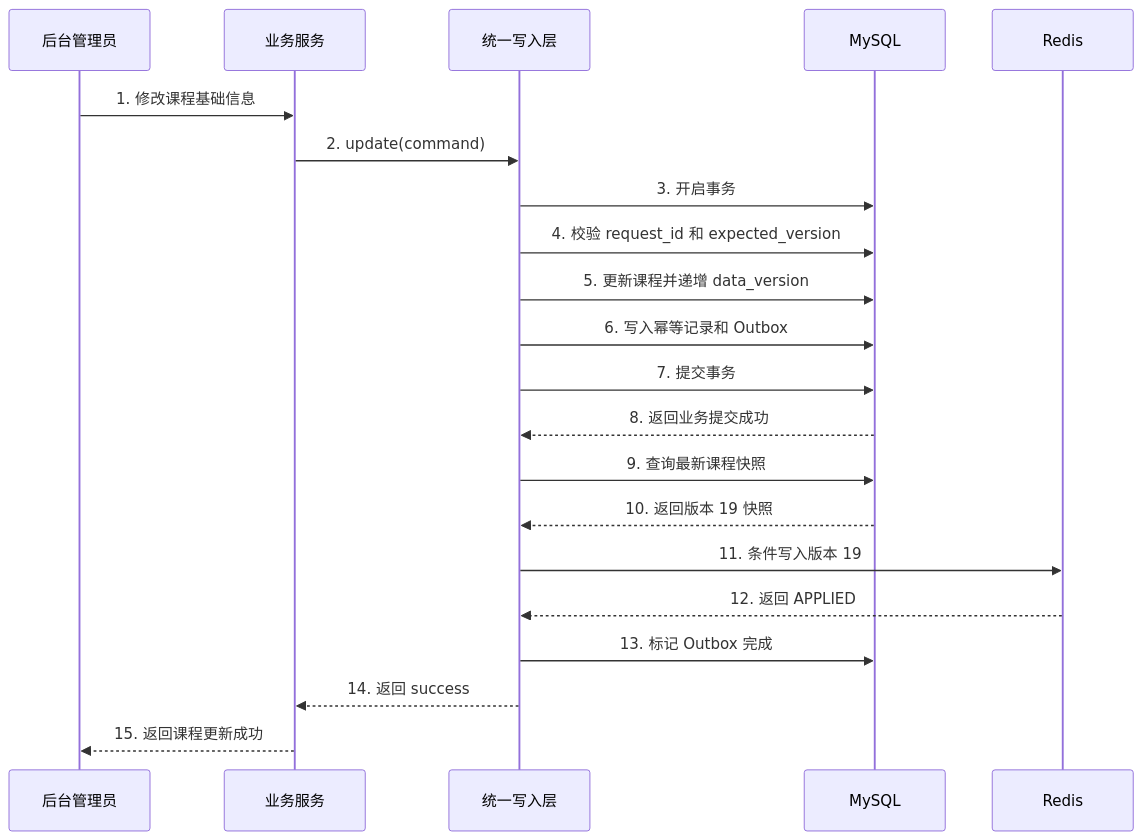
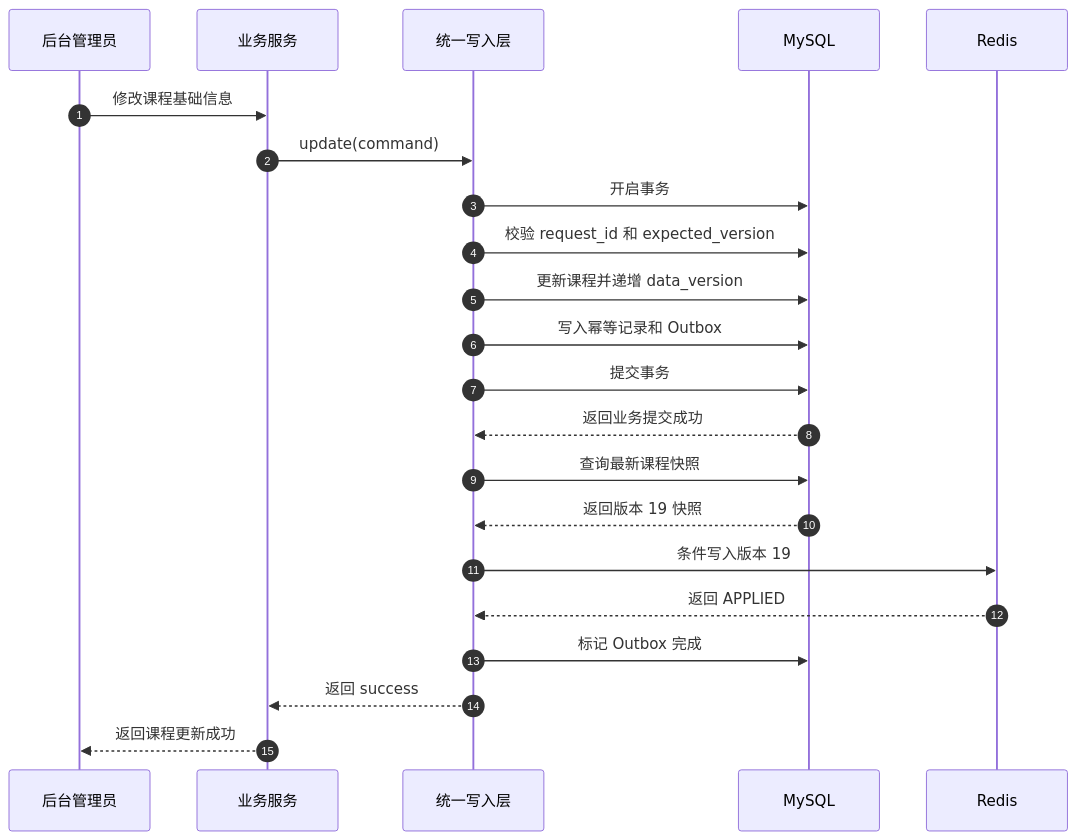
Diagram 17 of 27 in docs/redis/126-redis-4种缓存模式-分享版-极简版.md (zdl20251023-pixel/agent-frame), drawn with Mermaid before and after one commit. The commit also changed other lines of this file, not shown here.

Commit message:
redis 四大缓存模式 分享-极简版

````diff
--- a/docs/redis/126-redis-4种缓存模式-分享版-极简版.md
+++ b/docs/redis/126-redis-4种缓存模式-分享版-极简版.md
@@ -754,28 +770,29 @@
 ```mermaid
 sequenceDiagram
+    autonumber
     participant Admin as 后台管理员
     participant Service as 业务服务
     participant Store as 统一写入层
     participant MySQL as MySQL
     participant Redis as Redis
 
-    Admin->>Service: 1. 修改课程基础信息
-    Service->>Store: 2. update(command)
+    Admin->>Service: 修改课程基础信息
+    Service->>Store: update(command)
 
-    Store->>MySQL: 3. 开启事务
-    Store->>MySQL: 4. 校验 request_id 和 expected_version
-    Store->>MySQL: 5. 更新课程并递增 data_version
-    Store->>MySQL: 6. 写入幂等记录和 Outbox
-    Store->>MySQL: 7. 提交事务
-    MySQL-->>Store: 8. 返回业务提交成功
+    Store->>MySQL: 开启事务
+    Store->>MySQL: 校验 request_id 和 expected_version
+    Store->>MySQL: 更新课程并递增 data_version
+    Store->>MySQL: 写入幂等记录和 Outbox
+    Store->>MySQL: 提交事务
+    MySQL-->>Store: 返回业务提交成功
 
-    Store->>MySQL: 9. 查询最新课程快照
-    MySQL-->>Store: 10. 返回版本 19 快照
+    Store->>MySQL: 查询最新课程快照
+    MySQL-->>Store: 返回版本 19 快照
 
-    Store->>Redis: 11. 条件写入版本 19
-    Redis-->>Store: 12. 返回 APPLIED
+    Store->>Redis: 条件写入版本 19
+    Redis-->>Store: 返回 APPLIED
 
-    Store->>MySQL: 13. 标记 Outbox 完成
-    Store-->>Service: 14. 返回 success
-    Service-->>Admin: 15. 返回课程更新成功
+    Store->>MySQL: 标记 Outbox 完成
+    Store-->>Service: 返回 success
+    Service-->>Admin: 返回课程更新成功
 ```
````
